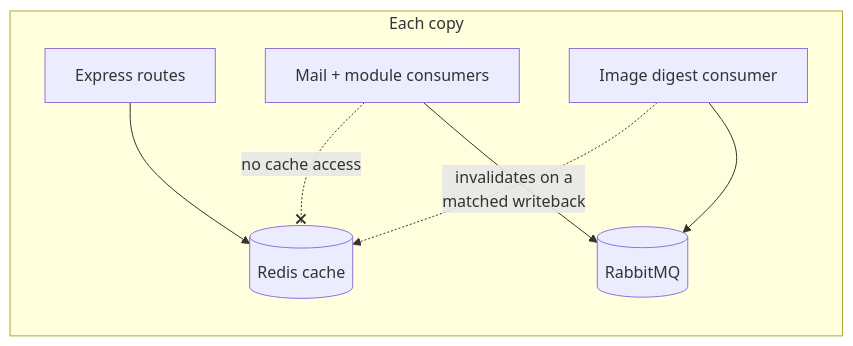
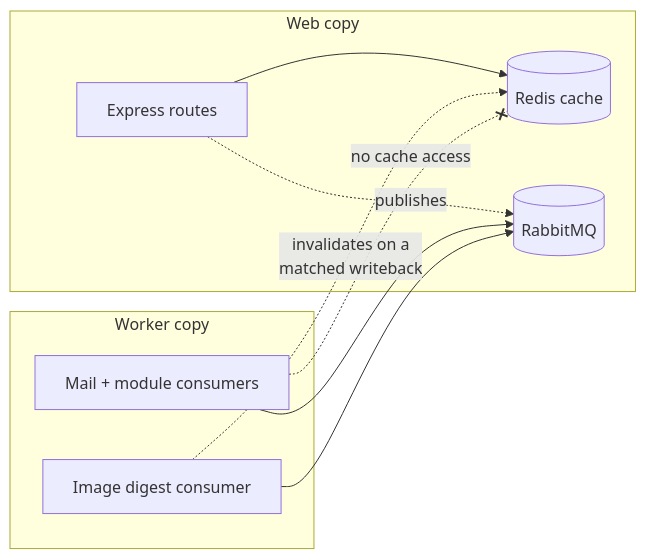
One commit to Guebbit/boilerplate-node-backend changed the third of 3 diagrams in docs/understand/redis-cache-workers.md. Above: the diagram before and after it, drawn with Mermaid. The commit also changed other lines of this file and 62 other files, not shown here.

First line of the commit message:
feat(queue): take jobs in a worker process, so the api only publishes

````diff
--- a/docs/understand/redis-cache-workers.md
+++ b/docs/understand/redis-cache-workers.md
@@ -95,10 +96,13 @@
 ```mermaid
 flowchart LR
-    subgraph W["Each copy"]
+    subgraph A["Web copy"]
         E["Express routes"] --> Cache[("Redis cache")]
-        Q["Mail + module consumers"] --> Rabbit[("RabbitMQ")]
+        E -. publishes .-> Rabbit[("RabbitMQ")]
+    end
+    subgraph W["Worker copy"]
+        Q["Mail + module consumers"] --> Rabbit
         I["Image digest consumer"] --> Rabbit
         I -. invalidates on a<br/>matched writeback .-> Cache
     end
     Q -. no cache access .-x Cache
 ```
````
